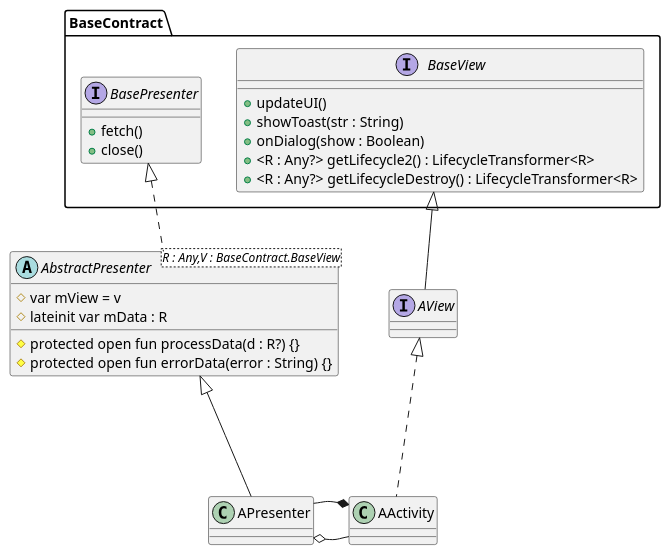
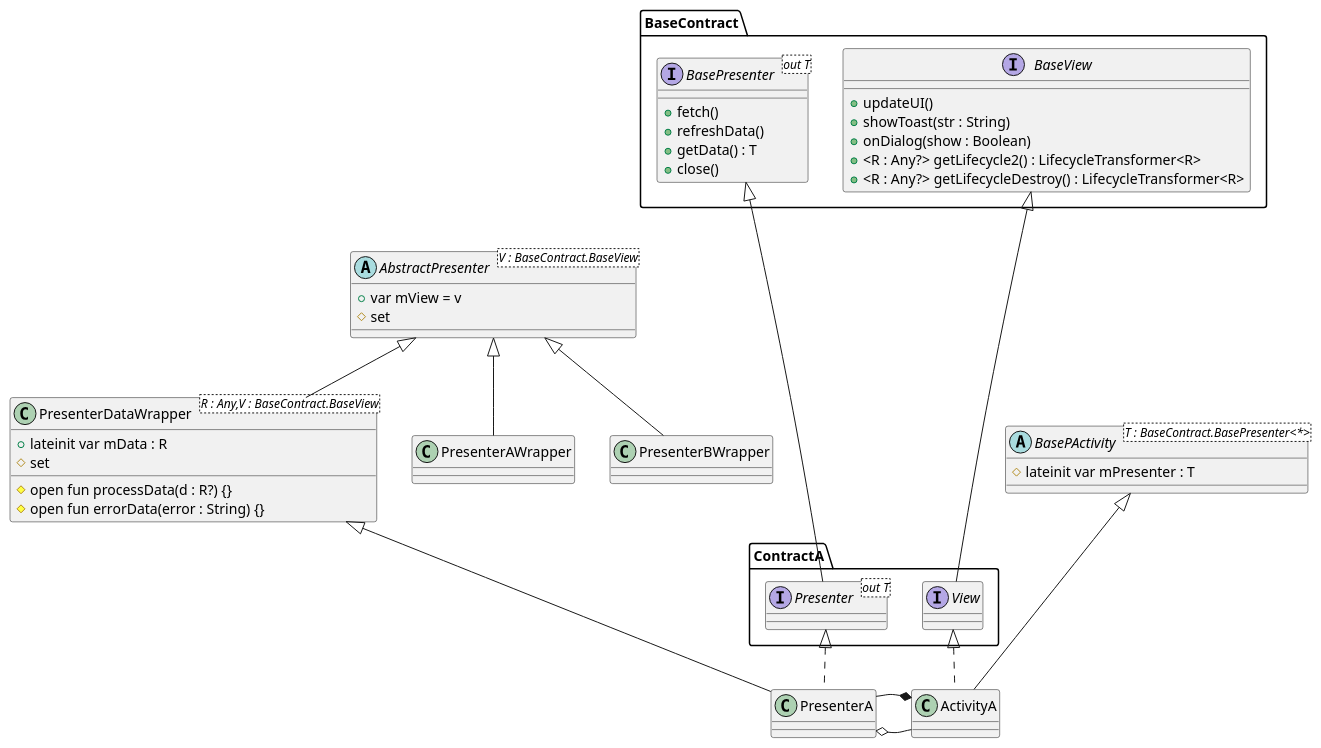
The diagram in app/uml/gearapp/MVPClass.puml (hackerlc/GearKJ), drawn with PlantUML before and after one commit. The commit also changed 18 other files, not shown here.

```diff
--- a/app/uml/gearapp/MVPClass.puml
+++ b/app/uml/gearapp/MVPClass.puml
@@ -1,31 +1,48 @@
 @startuml
-BaseContract.BasePresenter <|.. AbstractPresenter
-AbstractPresenter <|--- APresenter
+AbstractPresenter <|-- PresenterDataWrapper
+AbstractPresenter <|-- PresenterAWrapper
+AbstractPresenter <|-- PresenterBWrapper
+PresenterDataWrapper <|--- PresenterA
 
-BaseContract.BaseView <|-- AView
+BaseContract.BasePresenter <|---- ContractA.Presenter
+BaseContract.BaseView <|---- ContractA.View
 
-AView <|.. AActivity
+ContractA.View <|.. ActivityA
+ContractA.Presenter <|.. PresenterA
 
-APresenter o-  AActivity
-AActivity *- APresenter
+BasePActivity <|--- ActivityA
 
-abstract class AbstractPresenter<R : Any,V : BaseContract.BaseView> {
-    #var mView = v
-    #lateinit var mData : R
-    #protected open fun processData(d : R?) {}
-    #protected open fun errorData(error : String) {}
+PresenterA o-  ActivityA
+ActivityA *- PresenterA
+
+abstract class AbstractPresenter<V : BaseContract.BaseView> {
+    +var mView = v
+    # set
+}
+class PresenterDataWrapper<R : Any,V : BaseContract.BaseView>{
+    +lateinit var mData : R
+    #set
+    #open fun processData(d : R?) {}
+    #open fun errorData(error : String) {}
 }
 interface BaseContract.BaseView {
     +updateUI()
     +showToast(str : String)
     +onDialog(show : Boolean)
     +<R : Any?> getLifecycle2() : LifecycleTransformer<R>
     +<R : Any?> getLifecycleDestroy() : LifecycleTransformer<R>
 }
 
-interface BaseContract.BasePresenter {
+interface BaseContract.BasePresenter<out T> {
     +fetch()
+    +refreshData()
+    +getData() : T
     +close()
 }
-interface AView
+interface ContractA.Presenter<out T>
+interface ContractA.View
+
+abstract class BasePActivity<T : BaseContract.BasePresenter<*>>{
+    #lateinit var mPresenter : T
+}
 @enduml
```
